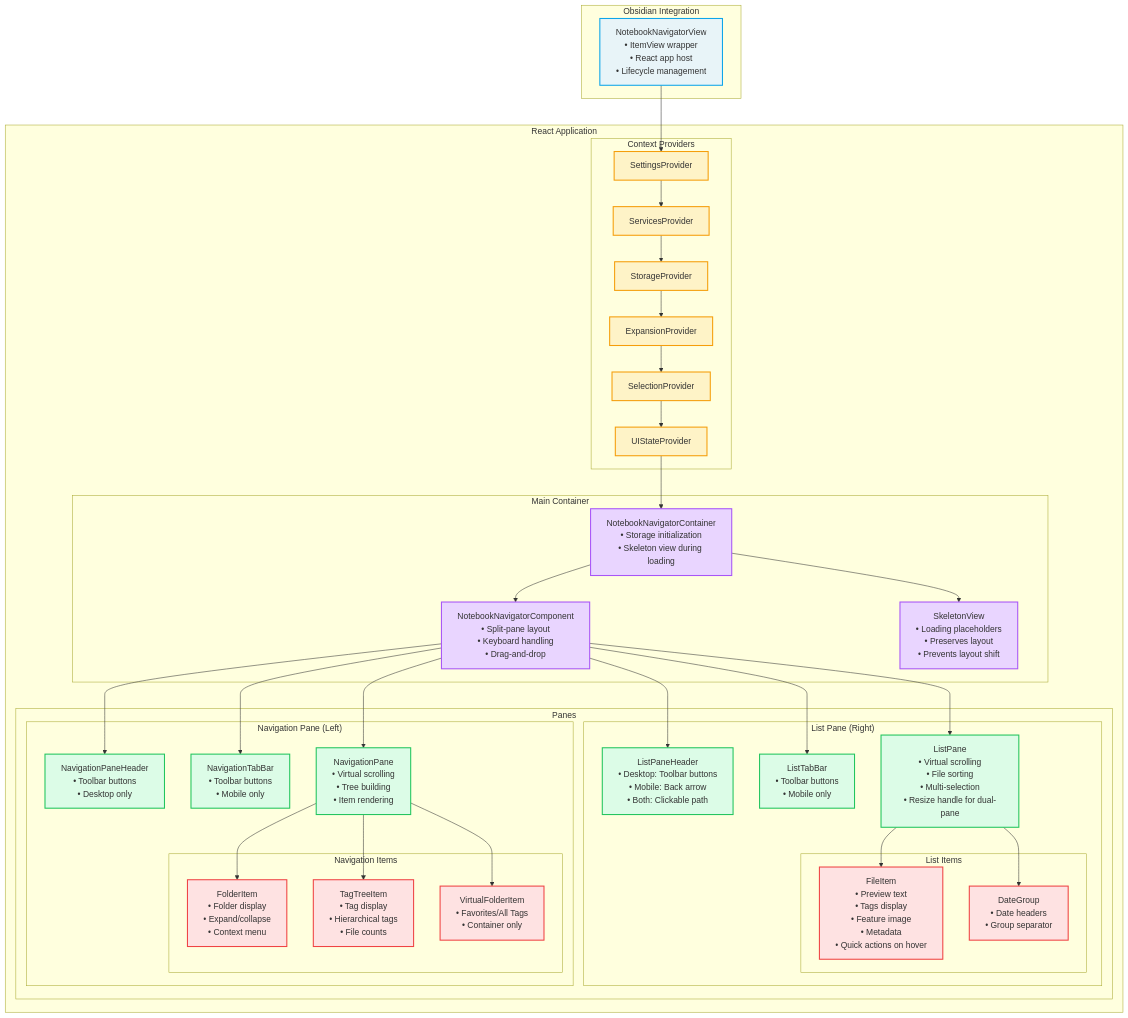
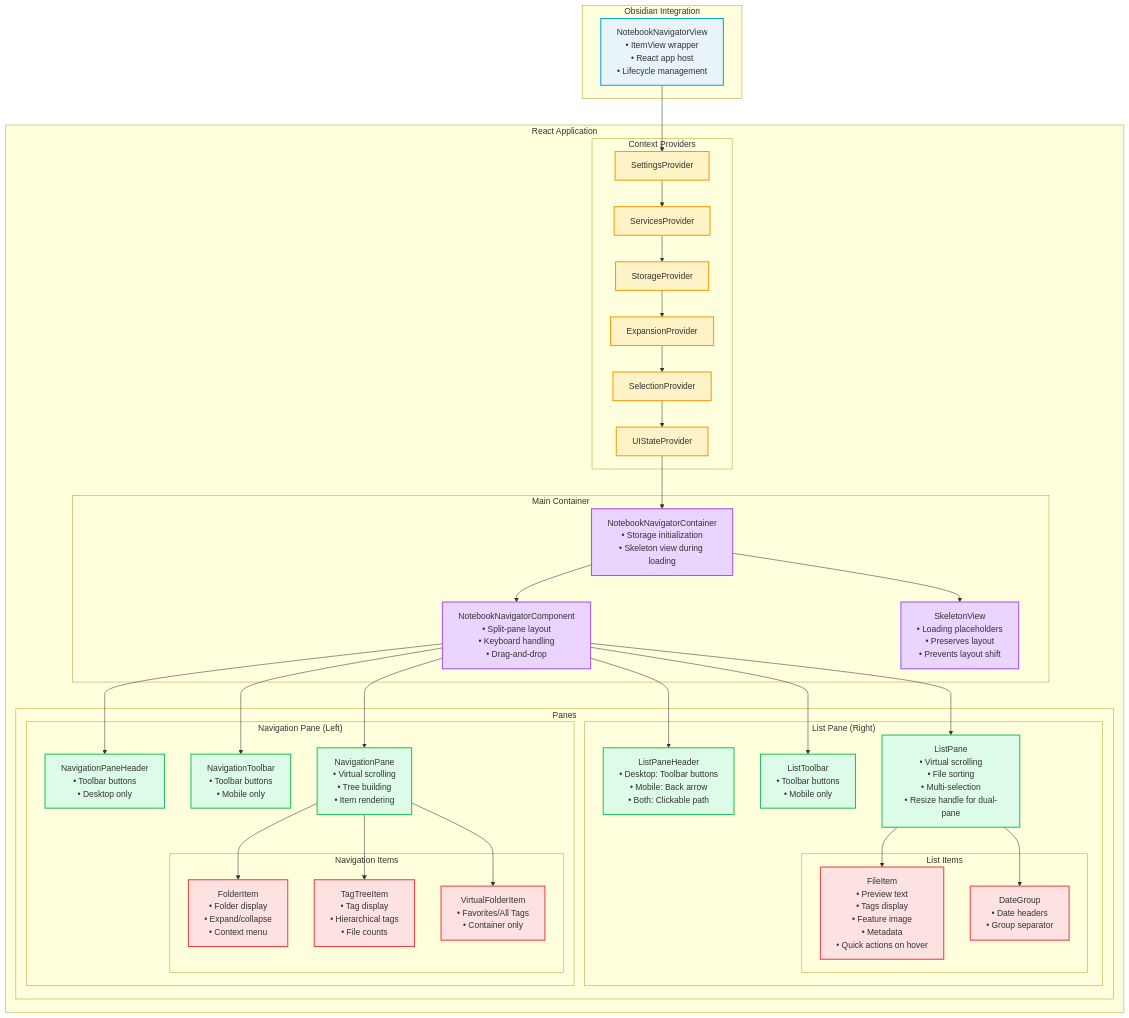
Before and after one commit to psxvoid/notebook-navigator: the first of 4 diagrams in docs/rendering-architecture.md, drawn with Mermaid. The commit also changed other lines of this file and 6 other files, not shown here.

Commit message:
Renamed TabBar to Toolbar for ListPane and NavigationPane

```diff
--- a/docs/rendering-architecture.md
+++ b/docs/rendering-architecture.md
@@ -71,7 +71,7 @@
         subgraph "Panes"
             subgraph "List Pane (Right)"
                 LPH[ListPaneHeader<br/>• Desktop: Toolbar buttons<br/>• Mobile: Back arrow<br/>• Both: Clickable path]
-                LTB[ListTabBar<br/>• Toolbar buttons<br/>• Mobile only]
+                LTB[ListToolbar<br/>• Toolbar buttons<br/>• Mobile only]
                 LP[ListPane<br/>• Virtual scrolling<br/>• File sorting<br/>• Multi-selection<br/>• Resize handle for dual-pane]
 
                 subgraph "List Items"
@@ -82,7 +82,7 @@
 
             subgraph "Navigation Pane (Left)"
                 NPH[NavigationPaneHeader<br/>• Toolbar buttons<br/>• Desktop only]
-                NTB[NavigationTabBar<br/>• Toolbar buttons<br/>• Mobile only]
+                NTB[NavigationToolbar<br/>• Toolbar buttons<br/>• Mobile only]
                 NP[NavigationPane<br/>• Virtual scrolling<br/>• Tree building<br/>• Item rendering]
 
                 subgraph "Navigation Items"
```
